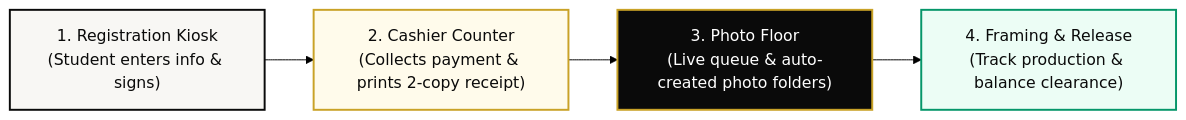
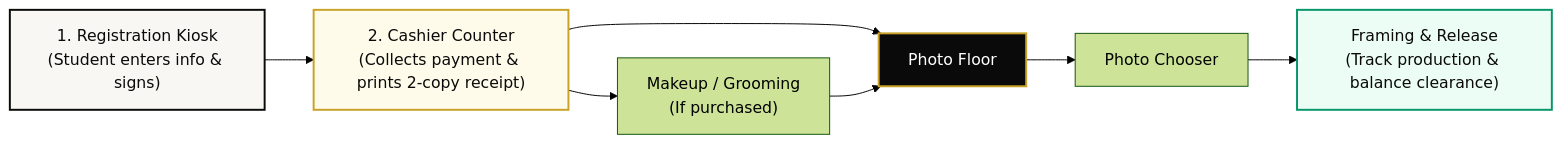
Before and after one commit to Maalaala-Mo-Kaya/StudioFlow: the diagram in README.md, drawn with Mermaid (forest theme). The commit also changed other lines of this file and 39 other files, not shown here.

````diff
--- a/README.md
+++ b/README.md
@@ -42,11 +44,14 @@
 ```mermaid
 flowchart LR
     A["1. Registration Kiosk\n(Student enters info & signs)"] --> B["2. Cashier Counter\n(Collects payment & prints 2-copy receipt)"]
-    B --> C["3. Photo Floor\n(Live queue & auto-created photo folders)"]
-    C --> D["4. Framing & Release\n(Track production & balance clearance)"]
+    B --> C["Photo Floor"]
+    B --> M["Makeup / Grooming\n(If purchased)"]
+    M --> C
+    C --> P["Photo Chooser"]
+    P --> D["Framing & Release\n(Track production & balance clearance)"]
 
     style A fill:#F8F7F4,stroke:#0A0A0A,stroke-width:2px,color:#0A0A0A
     style B fill:#FFFBEB,stroke:#C9A227,stroke-width:2px,color:#0A0A0A
     style C fill:#0A0A0A,stroke:#C9A227,stroke-width:2px,color:#FFF
     style D fill:#ECFDF5,stroke:#059669,stroke-width:2px,color:#0A0A0A
 ```
````
